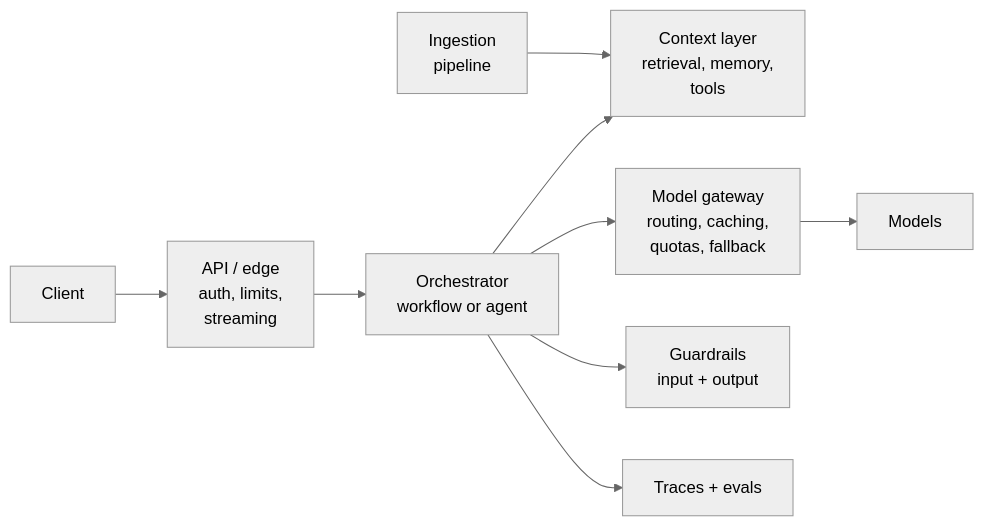
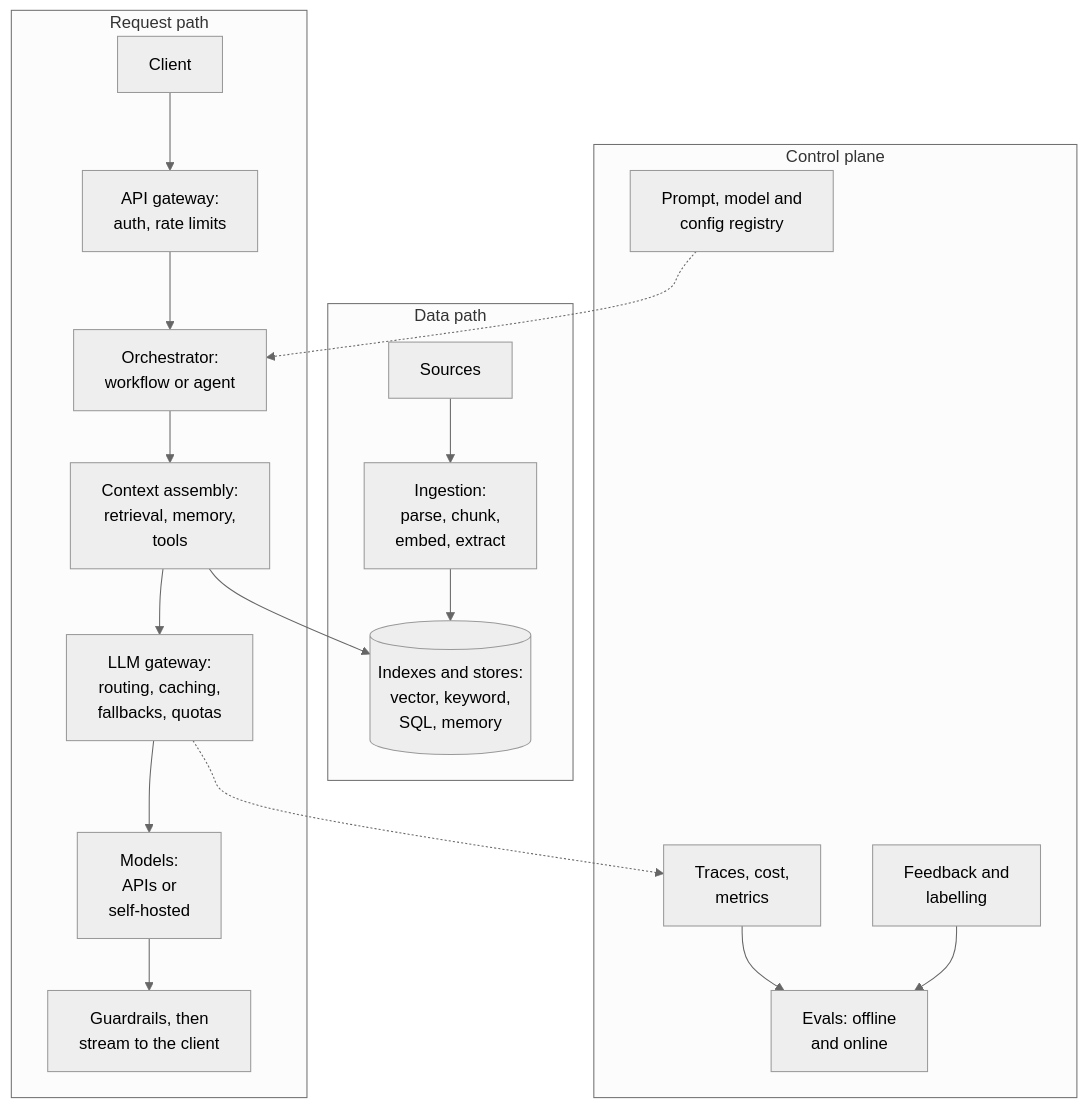
Before and after one commit to shubamchaudhary/CodeNITW: the first of 3 diagrams in src/Data/aiStackDocs/DP-00.md, drawn with Mermaid (neutral theme). The commit also changed other lines of this file and 52 other files, not shown here.

````diff
--- a/src/Data/aiStackDocs/DP-00.md
+++ b/src/Data/aiStackDocs/DP-00.md
@@ -18,11 +5,23 @@
 ```mermaid
-flowchart LR
-    C["Client"] --> API["API / edge<br/>auth, limits,<br/>streaming"]
-    API --> OR["Orchestrator<br/>workflow or agent"]
-    OR --> CTX["Context layer<br/>retrieval, memory,<br/>tools"]
-    OR --> GW["Model gateway<br/>routing, caching,<br/>quotas, fallback"]
-    GW --> M["Models"]
-    OR --> GR["Guardrails<br/>input + output"]
-    ING["Ingestion<br/>pipeline"] --> CTX
-    OR --> OBS["Traces + evals"]
+flowchart TB
+    subgraph REQ["Request path"]
+        CL["Client"] --> GW["API gateway:<br/>auth, rate limits"]
+        GW --> OR["Orchestrator:<br/>workflow or agent"]
+        OR --> CX["Context assembly:<br/>retrieval, memory,<br/>tools"]
+        CX --> LG["LLM gateway:<br/>routing, caching,<br/>fallbacks, quotas"]
+        LG --> MP["Models:<br/>APIs or<br/>self-hosted"]
+        MP --> GR["Guardrails, then<br/>stream to the client"]
+    end
+    subgraph DAT["Data path"]
+        SR["Sources"] --> IN["Ingestion:<br/>parse, chunk,<br/>embed, extract"]
+        IN --> ST[("Indexes and stores:<br/>vector, keyword,<br/>SQL, memory")]
+    end
+    subgraph CTL["Control plane"]
+        RG["Prompt, model and<br/>config registry"] ~~~ OB["Traces, cost,<br/>metrics"]
+        OB --> EV["Evals: offline<br/>and online"]
+        FB["Feedback and<br/>labelling"] --> EV
+    end
+    CX --> ST
+    RG -.-> OR
+    LG -.-> OB
 ```
````
